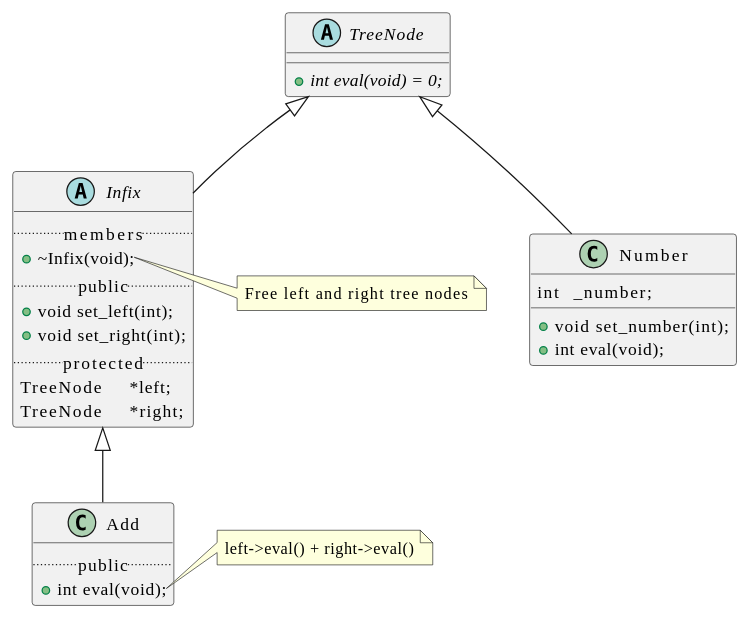
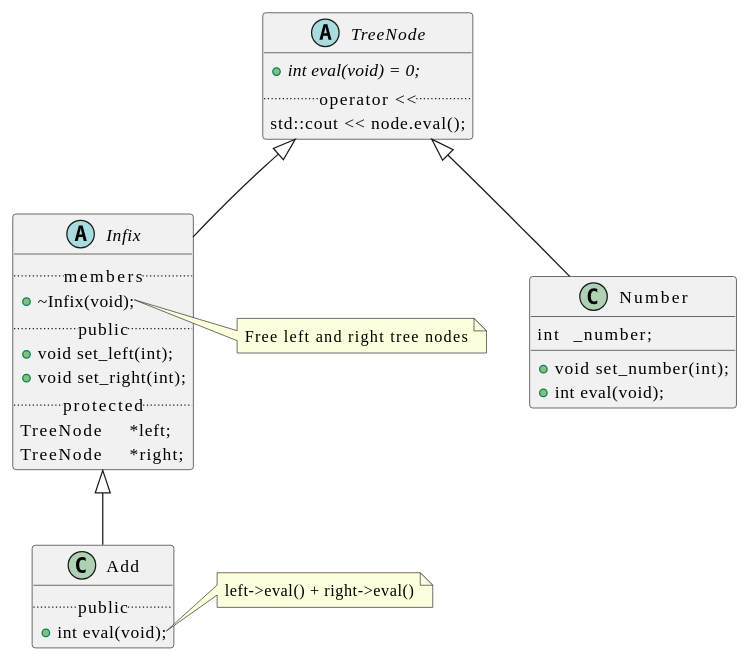
One commit to t-h2o/parsmath changed diagram 12 of 12 in assets/README.adoc. Above: the diagram before and after it, drawn with PlantUML. The commit also changed 4 other files, not shown here.

Commit message:
TreeNode: operator <<

```diff
--- a/assets/README.adoc
+++ b/assets/README.adoc
@@ -168,42 +168,44 @@
 [plantuml, target=program_class, format=svg, width=100%]
 ....
 @startuml
 skinparam defaultFontName JetBrains Mono
 
 abstract TreeNode {
   +{abstract} int eval(void) = 0;
+  .. operator << ..
+  std::cout << node.eval();
 }
 abstract Infix {
   .. members ..
   +~Infix(void);
   .. public ..
   +void set_left(int);
   +void set_right(int);
   .. protected ..
   TreeNode	*left;
   TreeNode	*right;
 }
 note right of Infix::~Infix
   Free left and right tree nodes
 end note
 
 class Add {
   .. public ..
   +int eval(void);
 }
 note right of Add::eval
   left->eval() + right->eval()
 end note
 
 class Number {
   int	_number;
   +void set_number(int);
   +int eval(void);
 }
 
 TreeNode <|-- Infix
 TreeNode <|-- Number
 Infix <|-- Add
 
 @enduml
 ....
```
